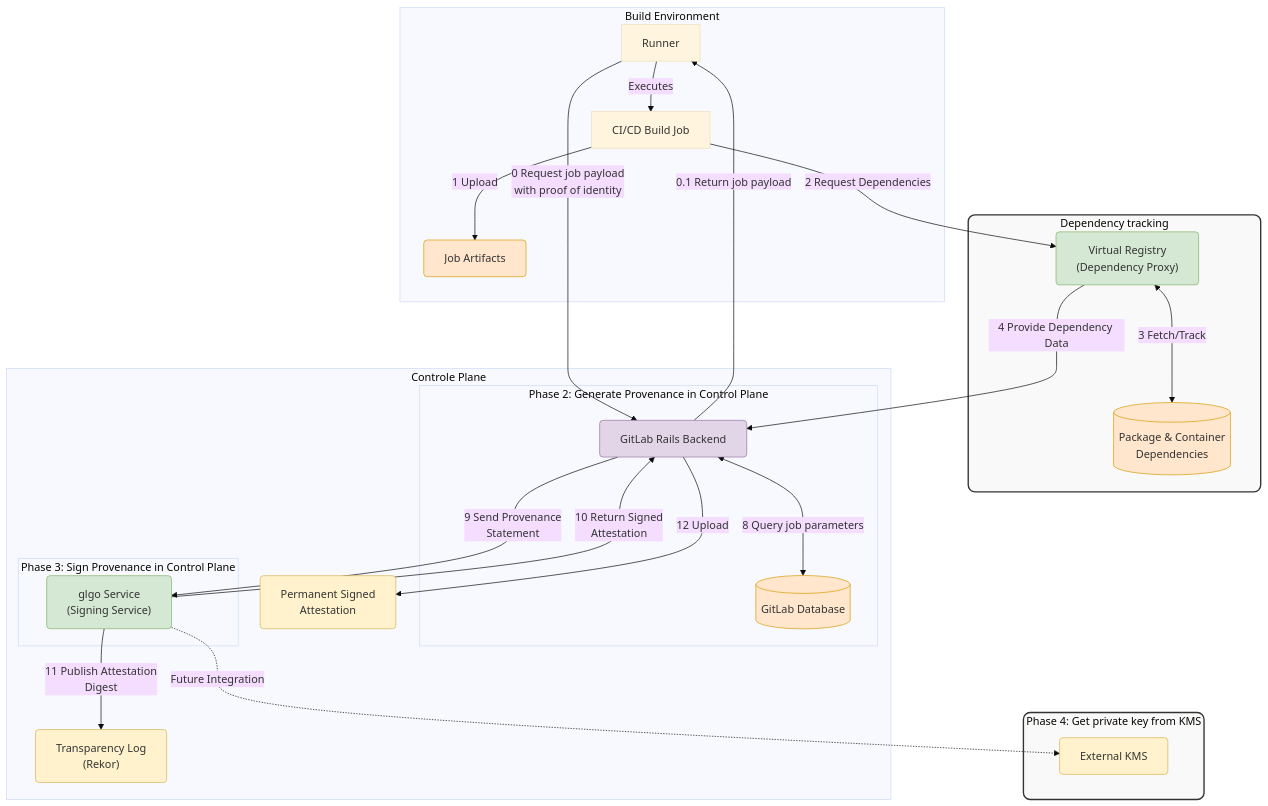
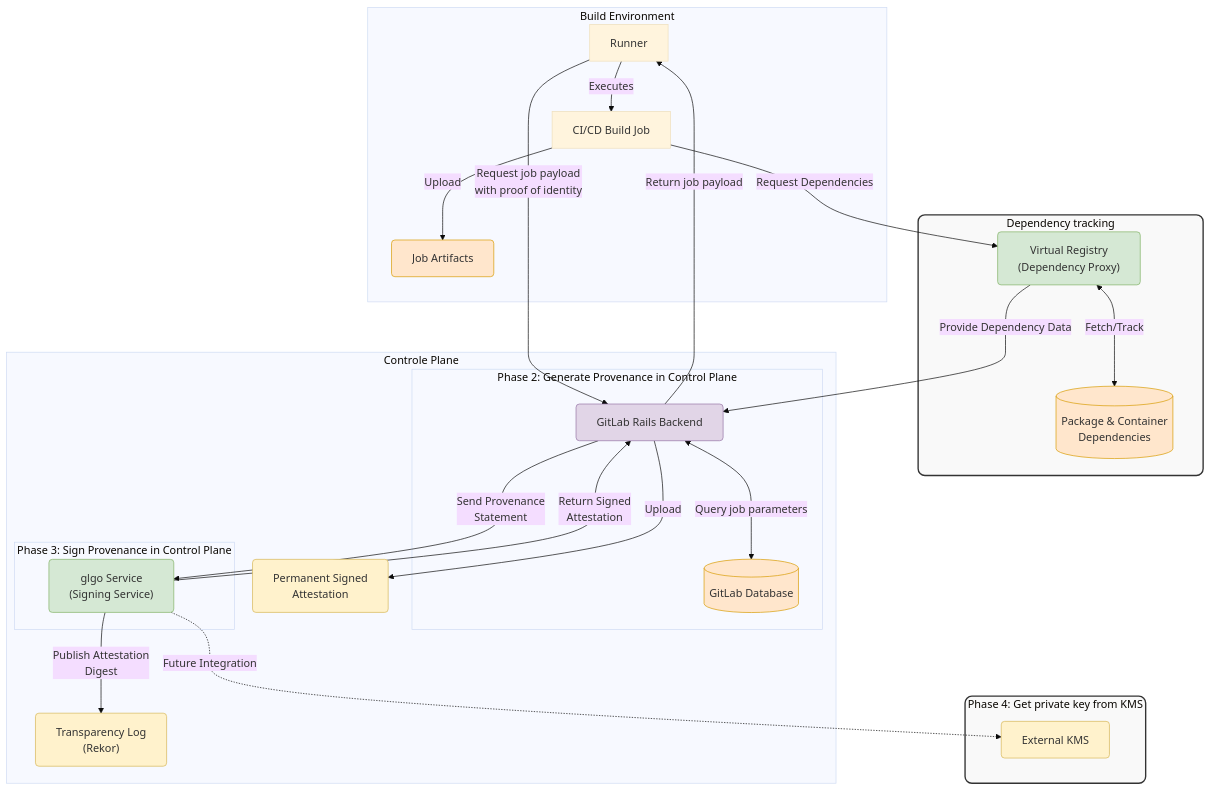
One commit to zalyoung/gitlab-handbook changed the diagram in content/handbook/engineering/architecture/design-documents/slsa_level_3/_index.md. Above: the diagram before and after it, drawn with Mermaid (base theme).

````diff
--- a/content/handbook/engineering/architecture/design-documents/slsa_level_3/_index.md
+++ b/content/handbook/engineering/architecture/design-documents/slsa_level_3/_index.md
@@ -75,60 +75,60 @@
 ```mermaid
 flowchart TD
     %% Define styles for improved visual appearance
     classDef phaseStyle fill:#f9f9f9,stroke:#333,stroke-width:2px,rx:10px,ry:10px
     classDef componentStyle fill:#e1ebff,stroke:#4b6bdc,stroke-width:1px,rx:5px,ry:5px
     classDef storageStyle fill:#ffe6cc,stroke:#d79b00,stroke-width:1px,rx:5px,ry:5px
     classDef serviceStyle fill:#d5e8d4,stroke:#82b366,stroke-width:1px,rx:5px,ry:5px
     classDef signatureStyle fill:#fff2cc,stroke:#d6b656,stroke-width:1px,rx:5px,ry:5px
     classDef securityStyle fill:#f8cecc,stroke:#b85450,stroke-width:1px,rx:5px,ry:5px
     classDef controlPlaneStyle fill:#e1d5e7,stroke:#9673a6,stroke-width:1px,rx:5px,ry:5px
     subgraph BuildEnvironment["Build Environment"]
         Runner["Runner"]
         BuildJob["CI/CD Build Job"]
         Artifacts["Job Artifacts"]
     end
     subgraph FutureWork["Dependency tracking"]
         VirtualRegistry["Virtual Registry<br>(Dependency Proxy)"]
         Dependencies[(Package & Container<br>Dependencies)]
     end
     subgraph ControlPlane["Controle Plane"]
         subgraph GenerateProvenanceInControlPlane["Phase 2: Generate Provenance in Control Plane"]
             RailsBackend["GitLab Rails Backend"]
             DB[(GitLab Database)]
         end
         subgraph SignProvenanceInControlPlane["Phase 3: Sign Provenance in Control Plane"]
             GlgoService["glgo Service<br>(Signing Service)"]
         end
         Rekor["Transparency Log<br>(Rekor)"]
         PermanentAttestation["Permanent Signed<br>Attestation"]
     end
     subgraph Phase4["Phase 4: Get private key from KMS"]
         ExternalKMS["External KMS"]
     end
     
     %% Relationships between components with labeled edges
-    Runner -->|"0 Request job payload<br>with proof of identity"| RailsBackend
-    RailsBackend -->|"0.1 Return job payload"| Runner
+    Runner -->|"Request job payload<br>with proof of identity"| RailsBackend
+    RailsBackend -->|"Return job payload"| Runner
     Runner -->|"Executes"| BuildJob
-    BuildJob -->|"1 Upload"| Artifacts
-    BuildJob -->|"2 Request Dependencies"| VirtualRegistry
-    VirtualRegistry <-->|"3 Fetch/Track"| Dependencies
+    BuildJob -->|"Upload"| Artifacts
+    BuildJob -->|"Request Dependencies"| VirtualRegistry
+    VirtualRegistry <-->|"Fetch/Track"| Dependencies
     
     %% Phase 1 flow for early implementation
-    VirtualRegistry -->|"4 Provide Dependency Data"| RailsBackend
-    RailsBackend <-->|"8 Query job parameters"| DB
+    VirtualRegistry -->|"Provide Dependency Data"| RailsBackend
+    RailsBackend <-->|"Query job parameters"| DB
     
-    RailsBackend -->|"9 Send Provenance<br>Statement"| GlgoService
+    RailsBackend -->|"Send Provenance<br>Statement"| GlgoService
     GlgoService -.->|"Future Integration"| ExternalKMS
-    GlgoService -->|"10 Return Signed<br>Attestation"| RailsBackend
-    GlgoService -->|"11 Publish Attestation<br>Digest"| Rekor
-    RailsBackend -->|"12 Upload"| PermanentAttestation
+    GlgoService -->|"Return Signed<br>Attestation"| RailsBackend
+    GlgoService -->|"Publish Attestation<br>Digest"| Rekor
+    RailsBackend -->|"Upload"| PermanentAttestation
     
     %% Apply styles
     class FutureWork phaseStyle
     class Phase4 phaseStyle
     class Artifacts,DB,Dependencies storageStyle
     class VirtualRegistry,GlgoService serviceStyle
     class ProvenanceSigner,TempSignedAttestation,PermanentAttestation,Rekor,ExternalKMS signatureStyle
     class RailsBackend controlPlaneStyle
 ```
````
